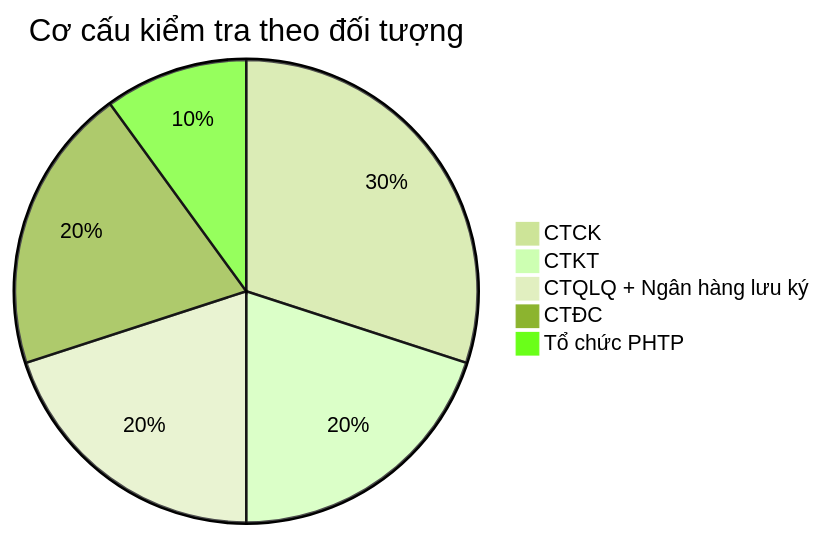
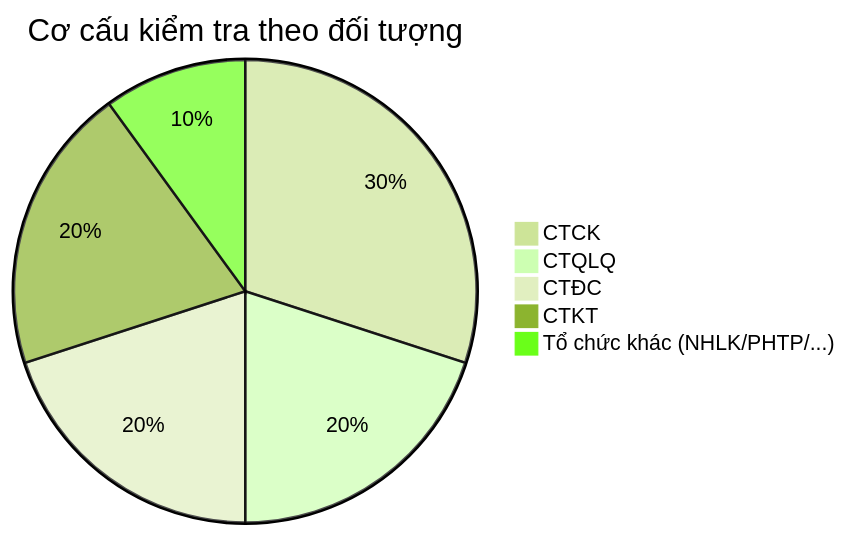
One commit to linhlvit/ubck_atomic_design changed diagram 24 of 43 in Datamart/hld/DTM_TT_HLD.md. Above: the diagram before and after it, drawn with Mermaid (forest theme). The commit also changed other lines of this file and 9 other files, not shown here.

````diff
--- a/Datamart/hld/DTM_TT_HLD.md
+++ b/Datamart/hld/DTM_TT_HLD.md
@@ -602,8 +894,8 @@
 ```mermaid
 pie title Cơ cấu kiểm tra theo đối tượng
     "CTCK" : 30
+    "CTQLQ" : 20
+    "CTĐC" : 20
     "CTKT" : 20
-    "CTQLQ + Ngân hàng lưu ký" : 20
-    "CTĐC" : 20
-    "Tổ chức PHTP" : 10
+    "Tổ chức khác (NHLK/PHTP/...)" : 10
 ```
````
